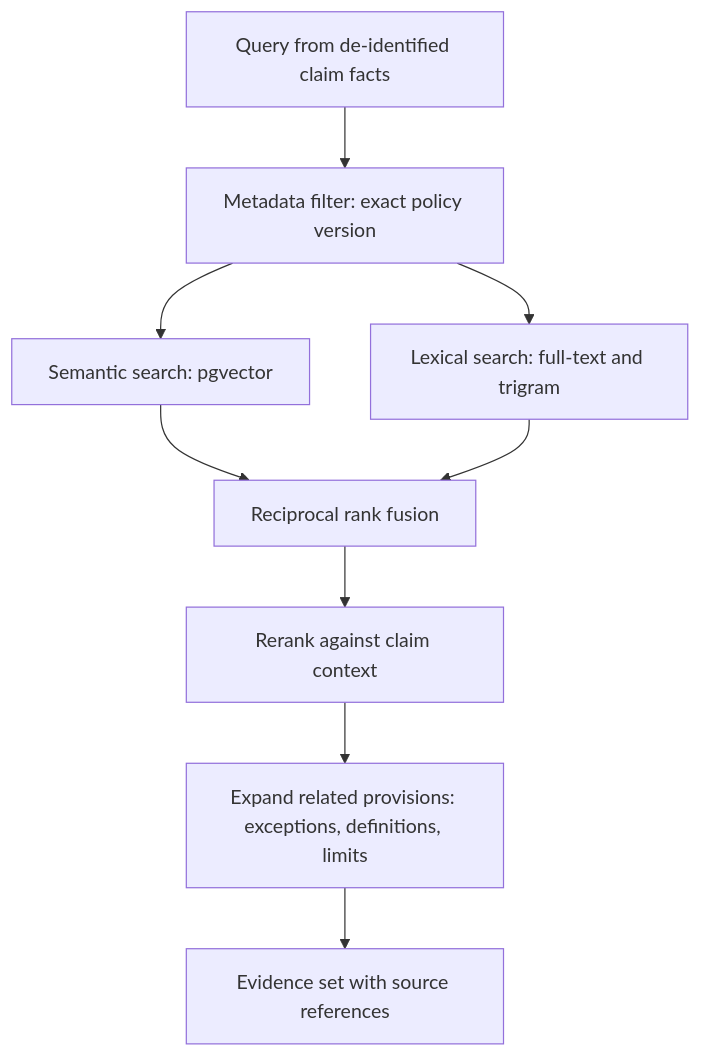
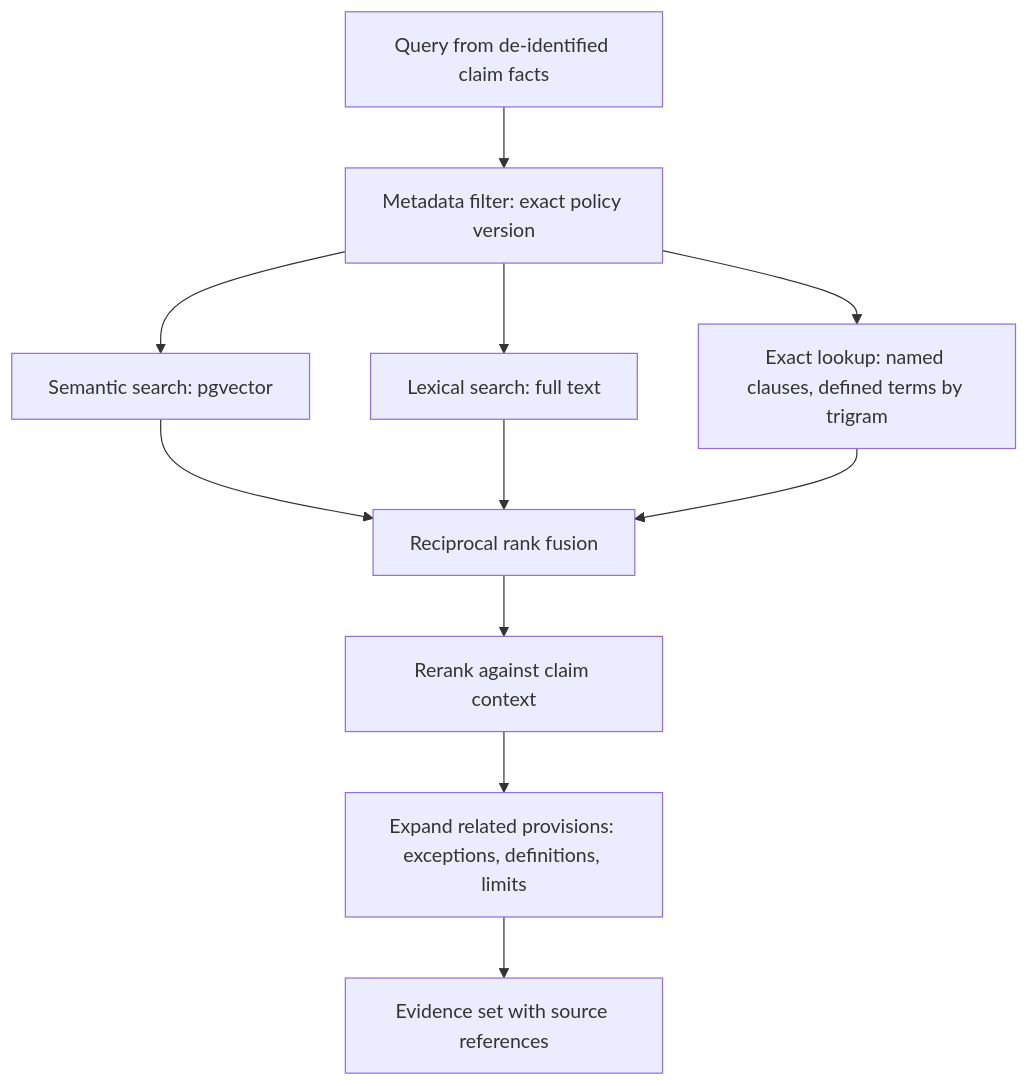
Before and after one commit to vsanishb/prism: the fifth of 10 diagrams in docs/system-flows.md, drawn with Mermaid. The commit also changed other lines of this file and 22 other files, not shown here.

````diff
--- a/docs/system-flows.md
+++ b/docs/system-flows.md
@@ -100,11 +100,13 @@
 ```mermaid
 flowchart TD
     Q[Query from de-identified claim facts] --> F[Metadata filter: exact policy version]
     F --> S[Semantic search: pgvector]
-    F --> L[Lexical search: full-text and trigram]
+    F --> L[Lexical search: full text]
+    F --> N[Exact lookup: named clauses, defined terms by trigram]
     S --> R[Reciprocal rank fusion]
     L --> R
+    N --> R
     R --> X[Rerank against claim context]
     X --> E[Expand related provisions: exceptions, definitions, limits]
     E --> V[Evidence set with source references]
 ```
````
